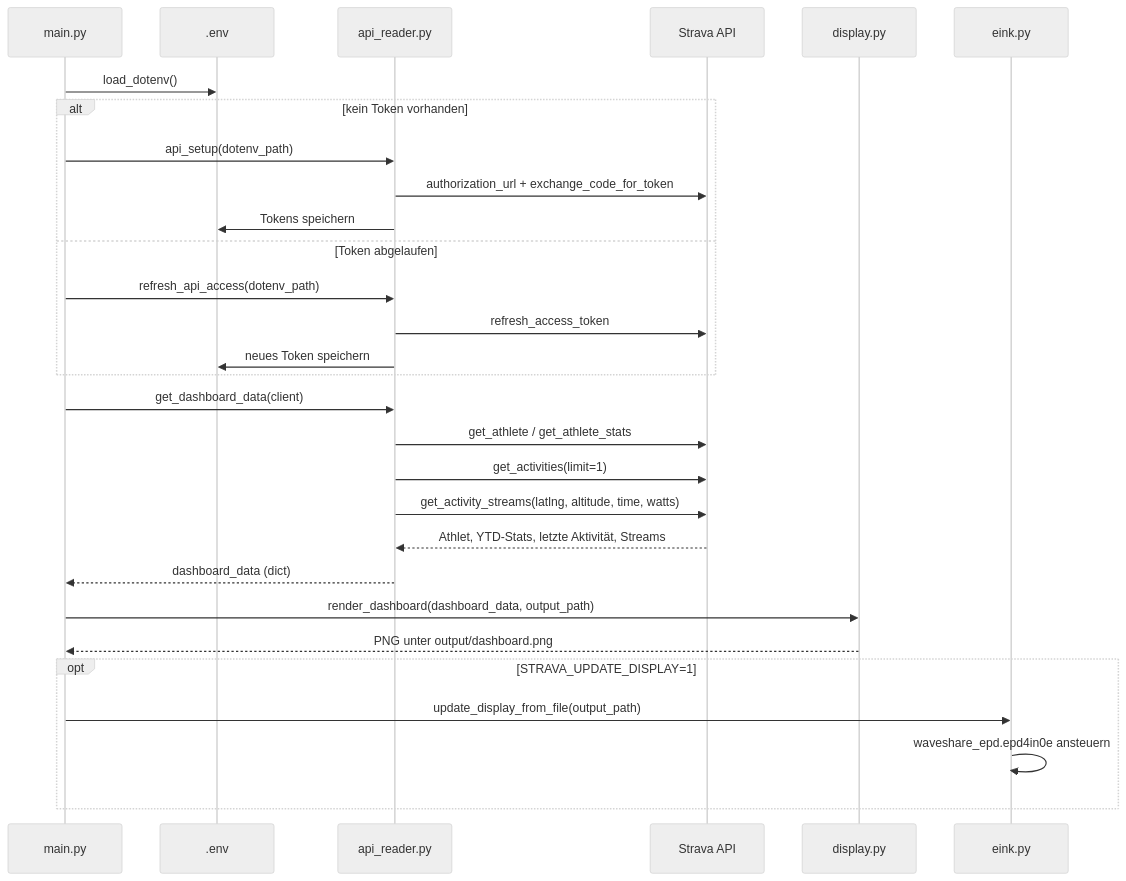
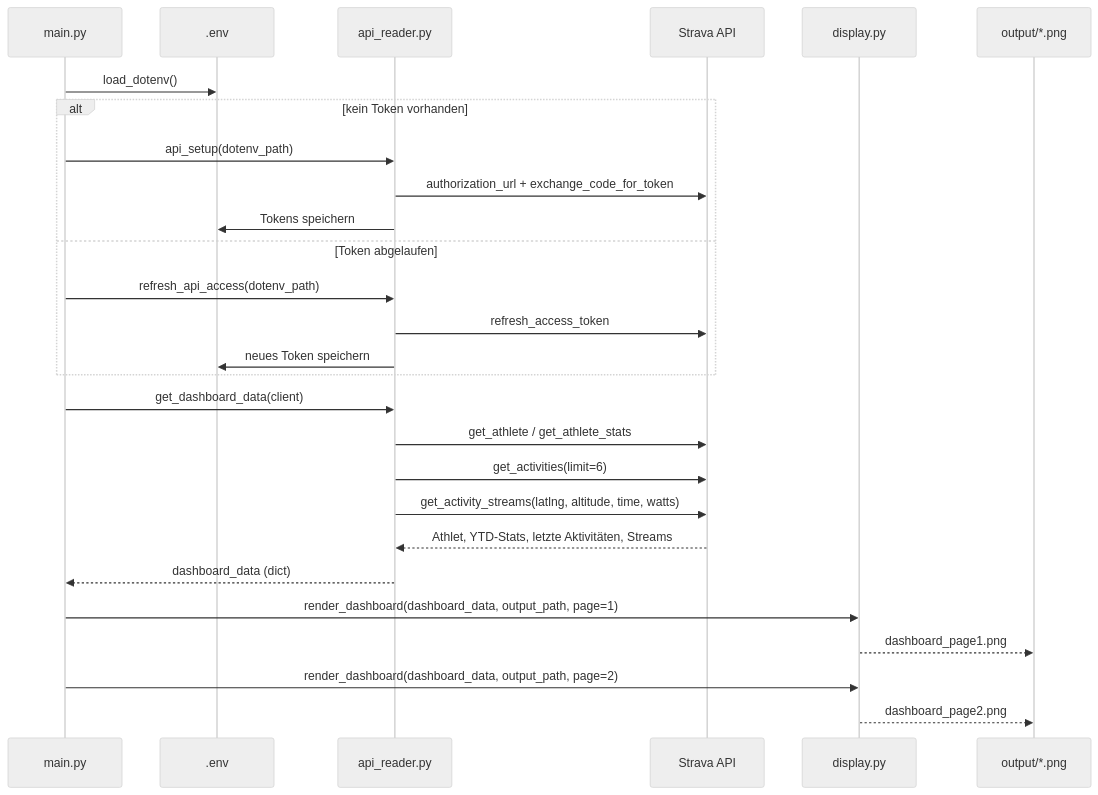
One commit to jschoenau18/strava-display changed the second of 3 diagrams in README.md. Above: the diagram before and after it, drawn with Mermaid (neutral theme). The commit also changed other lines of this file and 12 other files, not shown here.

````diff
--- a/README.md
+++ b/README.md
@@ -99,35 +113,32 @@
 ```mermaid
 sequenceDiagram
     participant M as main.py
     participant ENV as .env
     participant API as api_reader.py
     participant S as Strava API
     participant D as display.py
-    participant E as eink.py
+    participant OUT as output/*.png
 
     M->>ENV: load_dotenv()
     alt kein Token vorhanden
         M->>API: api_setup(dotenv_path)
         API->>S: authorization_url + exchange_code_for_token
         API->>ENV: Tokens speichern
     else Token abgelaufen
         M->>API: refresh_api_access(dotenv_path)
         API->>S: refresh_access_token
         API->>ENV: neues Token speichern
     end
 
     M->>API: get_dashboard_data(client)
     API->>S: get_athlete / get_athlete_stats
-    API->>S: get_activities(limit=1)
+    API->>S: get_activities(limit=6)
     API->>S: get_activity_streams(latlng, altitude, time, watts)
-    S-->>API: Athlet, YTD-Stats, letzte Aktivität, Streams
+    S-->>API: Athlet, YTD-Stats, letzte Aktivitäten, Streams
     API-->>M: dashboard_data (dict)
 
-    M->>D: render_dashboard(dashboard_data, output_path)
-    D-->>M: PNG unter output/dashboard.png
-
-    opt STRAVA_UPDATE_DISPLAY=1
-        M->>E: update_display_from_file(output_path)
-        E->>E: waveshare_epd.epd4in0e ansteuern
-    end
+    M->>D: render_dashboard(dashboard_data, output_path, page=1)
+    D-->>OUT: dashboard_page1.png
+    M->>D: render_dashboard(dashboard_data, output_path, page=2)
+    D-->>OUT: dashboard_page2.png
 ```
````
